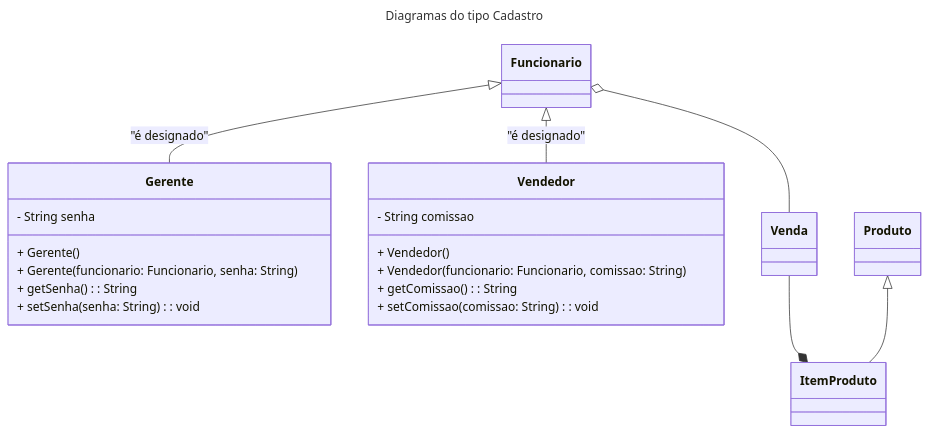
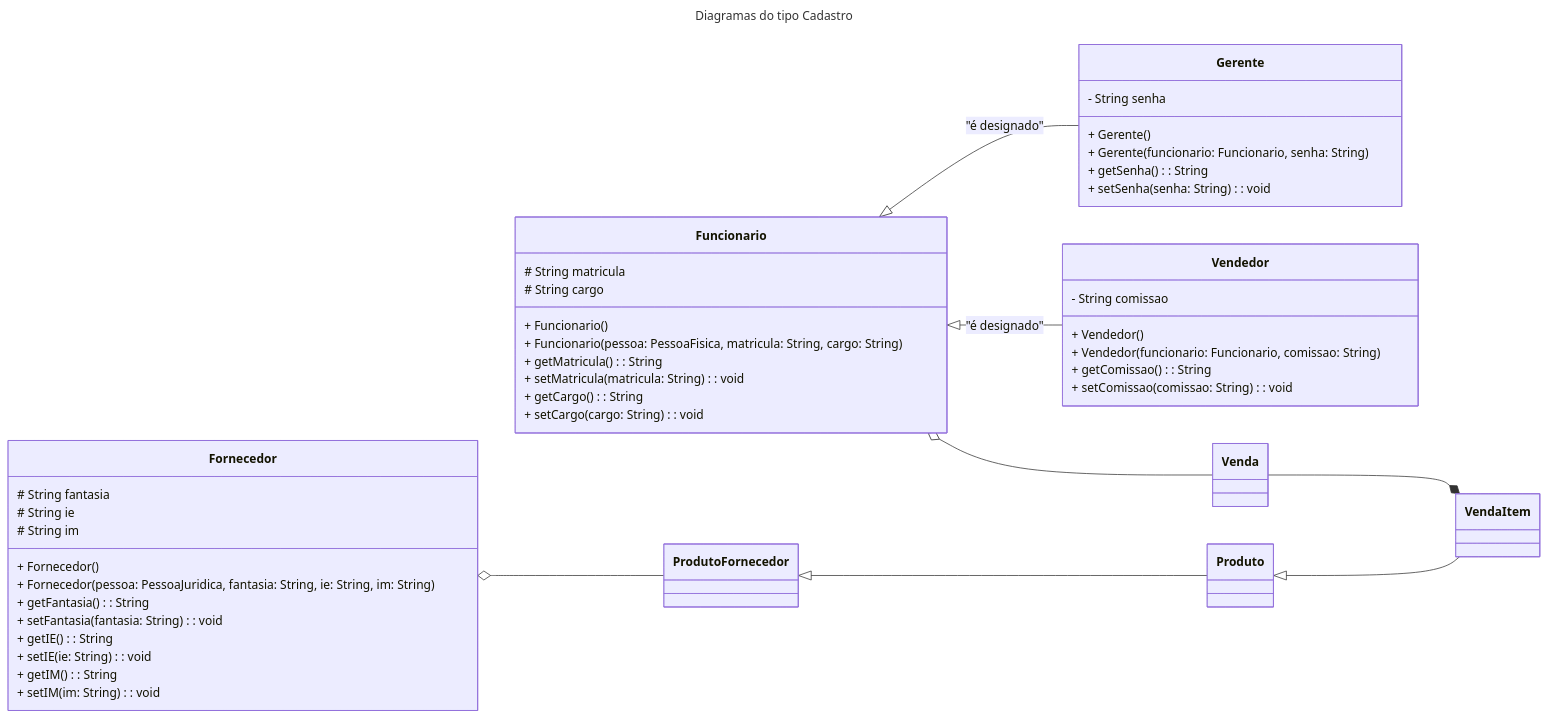
Before and after one commit to h4mn/fatec_engenharia: the third of 5 diagrams in aulas/ES3m230818_01_00404822222015.md, drawn with Mermaid. The commit also changed other lines of this file, not shown here.

Commit message:
atualiza diagramas

````diff
--- a/aulas/ES3m230818_01_00404822222015.md
+++ b/aulas/ES3m230818_01_00404822222015.md
@@ -55,28 +200,56 @@
 ```mermaid
 ---
 title: Diagramas do tipo Cadastro
 ---
 classDiagram
+    direction LR
+    class Funcionario {
+        # String matricula
+        # String cargo
+        + Funcionario()
+        + Funcionario(pessoa: PessoaFisica, matricula: String, cargo: String)
+        + getMatricula(): String
+        + setMatricula(matricula: String): void
+        + getCargo(): String
+        + setCargo(cargo: String): void
+    }
+
+    class Fornecedor {
+        # String fantasia
+        # String ie
+        # String im
+        + Fornecedor()
+        + Fornecedor(pessoa: PessoaJuridica, fantasia: String, ie: String, im: String)
+        + getFantasia(): String
+        + setFantasia(fantasia: String): void
+        + getIE(): String
+        + setIE(ie: String): void
+        + getIM(): String
+        + setIM(im: String): void
+    }
+
     class Gerente {
         - String senha
         + Gerente()
         + Gerente(funcionario: Funcionario, senha: String)
         + getSenha(): String
         + setSenha(senha: String): void
     }
 
     class Vendedor {
         - String comissao
         + Vendedor()
         + Vendedor(funcionario: Funcionario, comissao: String)
         + getComissao(): String
         + setComissao(comissao: String): void
     }
 
     Funcionario <|-- Gerente : "é designado"
     Funcionario <|-- Vendedor : "é designado"
     Funcionario o--Venda
-    Venda --* ItemProduto
-    Produto <|-- ItemProduto
+    Venda --* VendaItem
+    Produto <|-- VendaItem
+    ProdutoFornecedor <|-- Produto
+    Fornecedor o-- ProdutoFornecedor
 
 ```
````
